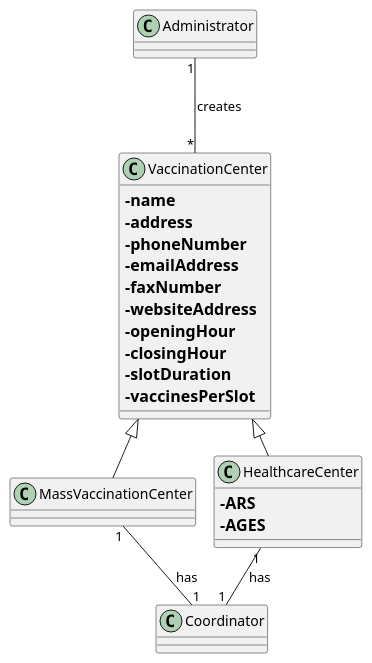
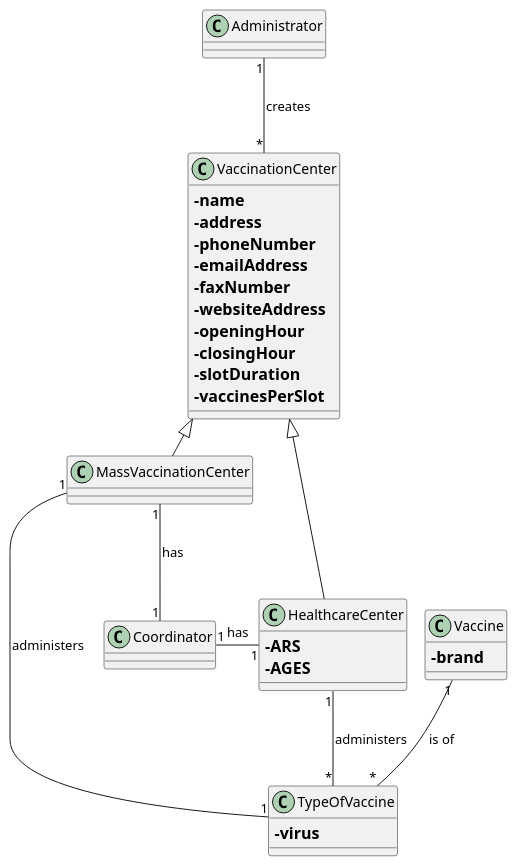
Before and after one commit to Pirussa/lei-22-s2-1da-g02: the diagram in docs/SprintB/US009/US009_MD.puml, drawn with PlantUML. The commit also changed 3 other files, not shown here.

```diff
--- a/docs/SprintB/US009/US009_MD.puml
+++ b/docs/SprintB/US009/US009_MD.puml
@@ -1,35 +1,46 @@
 @startuml
 'https://plantuml.com/class-diagram
 !pragma layout smetana
 
 class Administrator
+
+class TypeOfVaccine{
+==-virus
+}
+
+class Vaccine{
+==-brand
+}
 
 class VaccinationCenter{
 ==-name
 ==-address
 ==-phoneNumber
 ==-emailAddress
 ==-faxNumber
 ==-websiteAddress
 ==-openingHour
 ==-closingHour
 ==-slotDuration
 ==-vaccinesPerSlot
 }
 
 class Coordinator
 
 class MassVaccinationCenter extends VaccinationCenter{
 
 }
 
 class HealthcareCenter extends VaccinationCenter{
 ==-ARS
 ==-AGES
 }
 
-MassVaccinationCenter "1" -d- "1" Coordinator: has >
-HealthcareCenter "1" -d- "1" Coordinator: has >
 Administrator "1" --- "*" VaccinationCenter: creates >
+MassVaccinationCenter "1" --- "1" Coordinator: has >
+HealthcareCenter "1" -l- "1" Coordinator: has >
+MassVaccinationCenter "1" --- "1" TypeOfVaccine: administers >
+HealthcareCenter "1" --- "*" TypeOfVaccine: administers >
+Vaccine "1" --- "*" TypeOfVaccine: is of >
 
 @enduml
```
